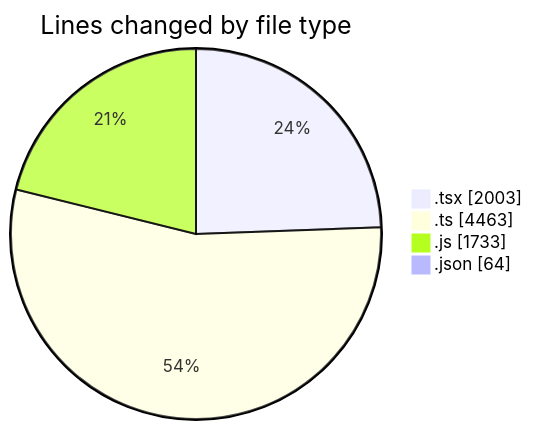
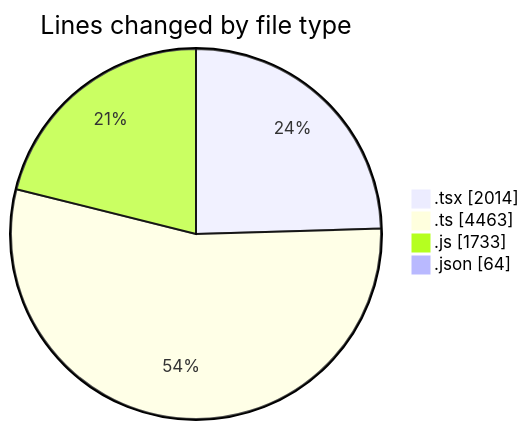
The first of 2 diagrams in 2026-07-30/cda/README.md (momahboobian/code-tracking), drawn with Mermaid before and after one commit. The commit also changed other lines of this file and 1 other file, not shown here.

````diff
--- a/2026-07-30/cda/README.md
+++ b/2026-07-30/cda/README.md
@@ -47,8 +47,8 @@
 ```mermaid
 pie showData
 title Lines changed by file type
-".tsx" : 2003
+".tsx" : 2014
 ".ts" : 4463
 ".js" : 1733
 ".json" : 64
 ```
````
